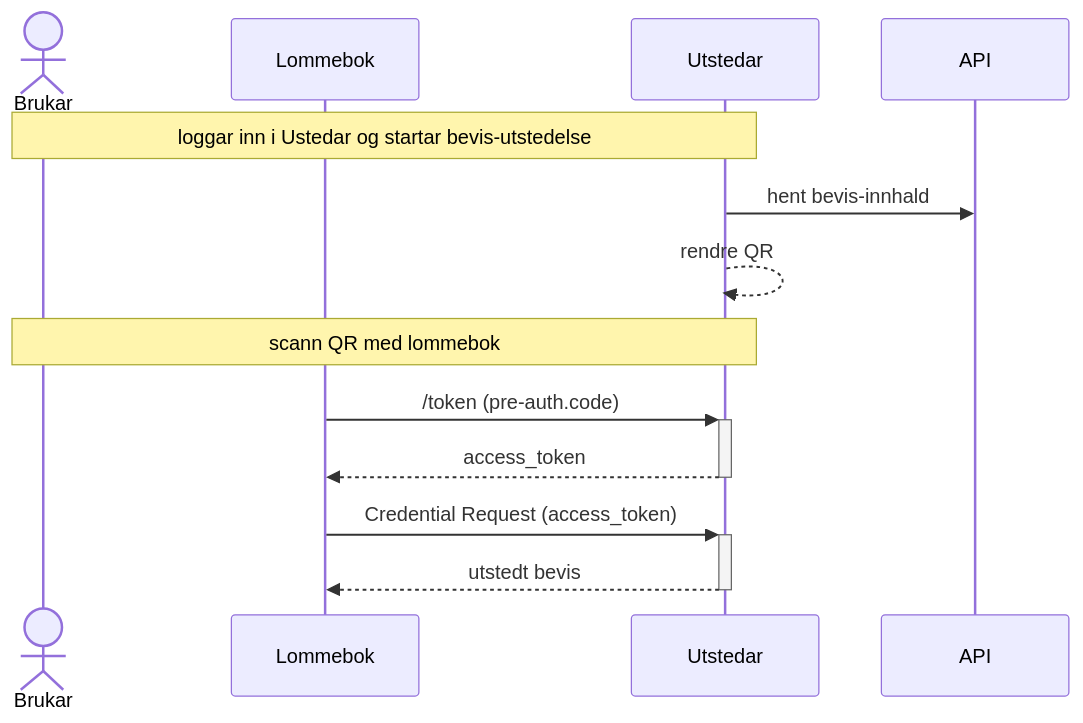
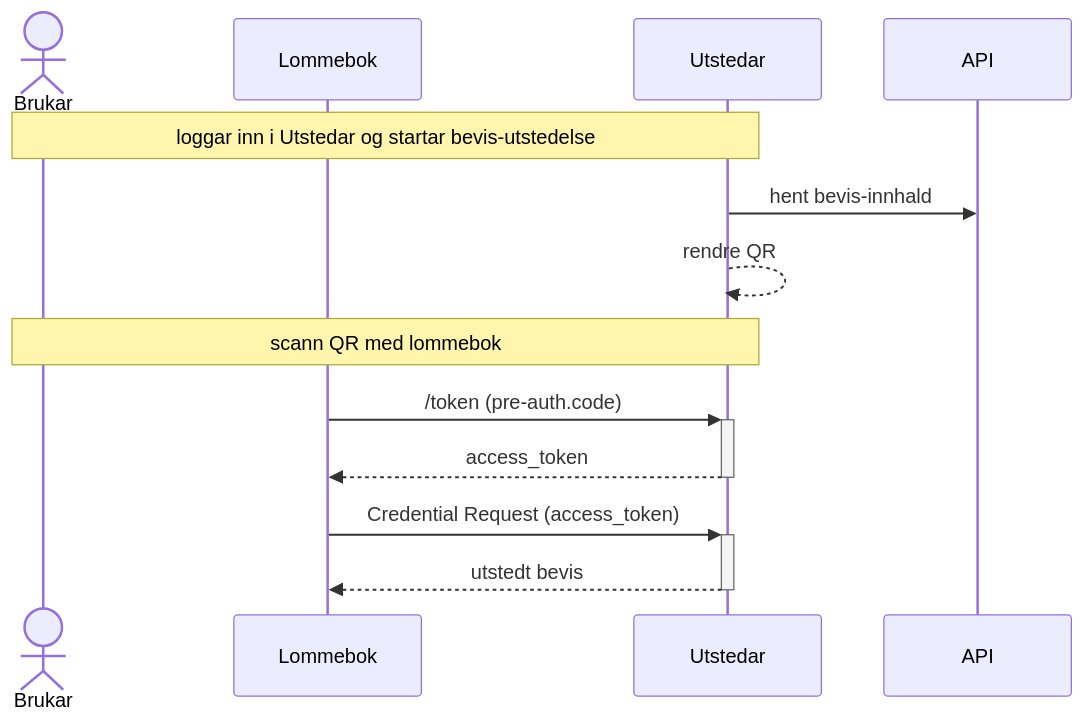
The third of 3 diagrams in _docs/lommebok/lommebok_digdir_utsteder.md (felleslosninger/docs), drawn with Mermaid before and after one commit. The commit also changed other lines of this file, not shown here.

```diff
--- a/_docs/lommebok/lommebok_digdir_utsteder.md
+++ b/_docs/lommebok/lommebok_digdir_utsteder.md
@@ -146,21 +146,21 @@
 <div class="mermaid">
 sequenceDiagram
 
   actor b as Brukar
   participant l as Lommebok
   participant u as Utstedar
   participant a as API
 
-  note over b,u: loggar inn i Ustedar og startar bevis-utstedelse
+  note over b,u: loggar inn i Utstedar og startar bevis-utstedelse
 
   u->>a: hent bevis-innhald
   u-->>u: rendre QR 
 
   note over b,u: scann QR med lommebok
   l->>+u: /token (pre-auth.code)
   u-->>-l: access_token
 
   l->>+u: Credential Request (access_token)
   u-->>-l: utstedt bevis
 
 </div>
```
